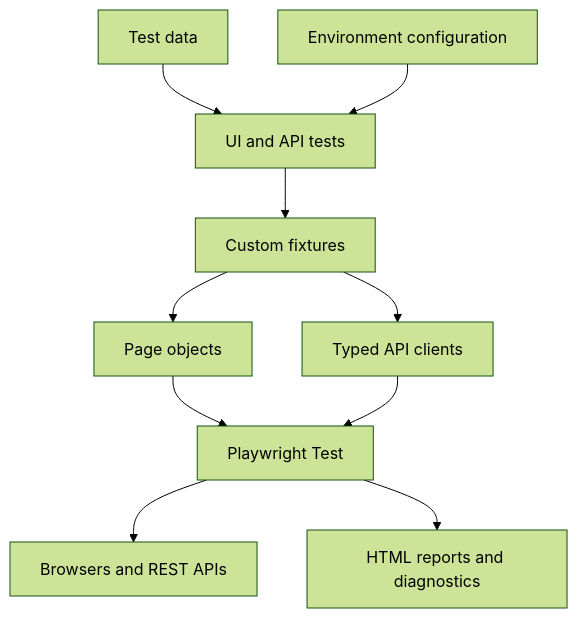
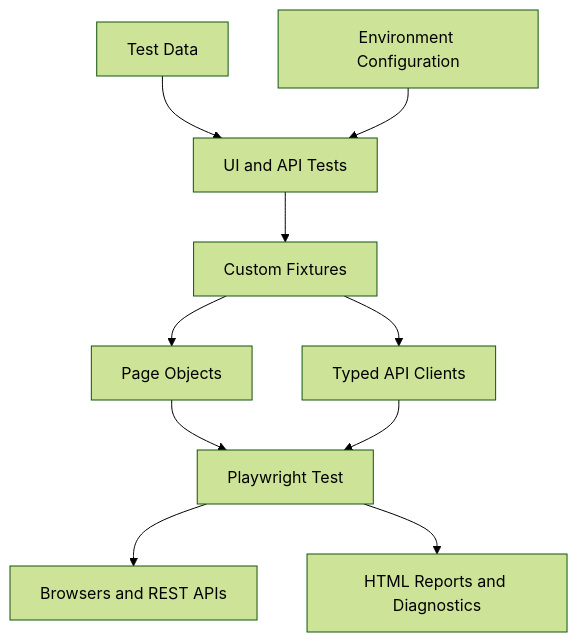
One commit to venkatr184/playwright-typescript-automation-framework changed the diagram in README.md. Above: the diagram before and after it, drawn with Mermaid (forest theme). The commit also changed other lines of this file, not shown here.

````diff
--- a/README.md
+++ b/README.md
@@ -28,12 +46,12 @@
 ```mermaid
 flowchart TD
-    Tests["UI and API tests"] --> Fixtures["Custom fixtures"]
-    Fixtures --> UI["Page objects"]
-    Fixtures --> API["Typed API clients"]
-    Data["Test data"] --> Tests
-    Config["Environment configuration"] --> Tests
+    Tests["UI and API Tests"] --> Fixtures["Custom Fixtures"]
+    Fixtures --> UI["Page Objects"]
+    Fixtures --> API["Typed API Clients"]
+    Data["Test Data"] --> Tests
+    Config["Environment Configuration"] --> Tests
     UI --> Playwright["Playwright Test"]
     API --> Playwright
     Playwright --> Targets["Browsers and REST APIs"]
-    Playwright --> Reports["HTML reports and diagnostics"]
+    Playwright --> Reports["HTML Reports and Diagnostics"]
 ```
````
